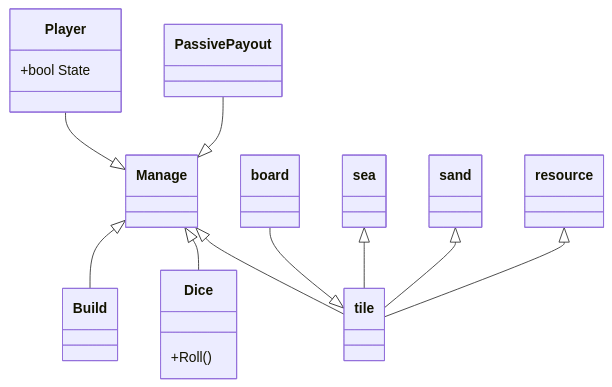
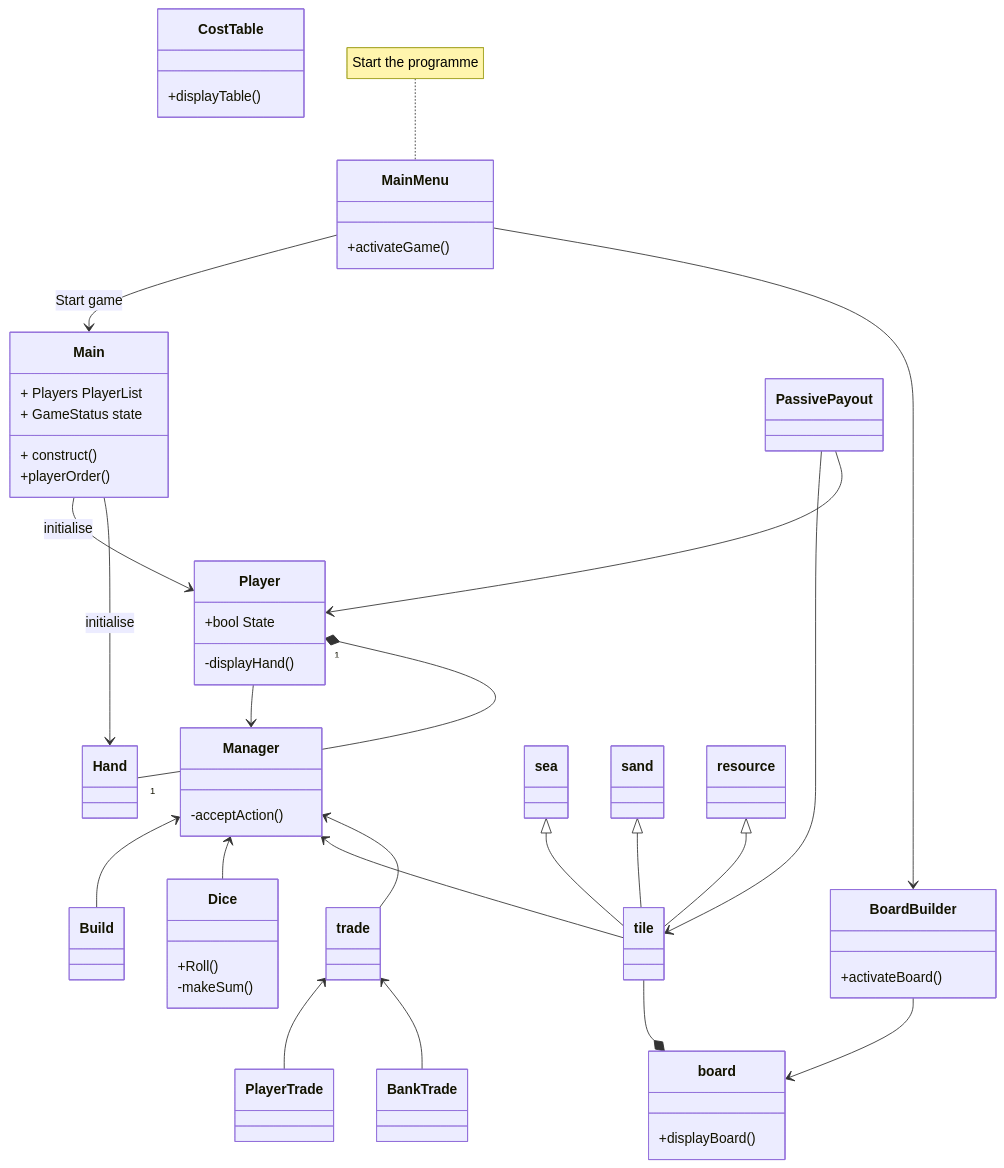
One commit to M-Ike007/CatanGame changed the diagram in documentation/UML-diagrammes/detailed-class-diagramme.mmd. Above: the diagram before and after it, drawn with Mermaid. The commit also changed 1 other file, not shown here.

Commit message:
SB TEK push updated uml

```diff
--- a/documentation/UML-diagrammes/detailed-class-diagramme.mmd
+++ b/documentation/UML-diagrammes/detailed-class-diagramme.mmd
@@ -1,38 +1,100 @@
-%% The detailed class diagramme drawn up at the start of iteration 1.
 classDiagram
+    %% new class diagramme made at the start of iter 2
+    MainMenu --> Main : Start game    
+    Main -->  Player : initialise
     
-    Player --|> Manage
-    Manage <|-- Dice
-    Manage <|-- tile
-    PassivePayout --|> Manage
-    board --|> tile
+    Main --> Hand : initialise
+    
+
+    note for MainMenu "Start the programme"
+
+    Manager <-- Build
+    MainMenu --> BoardBuilder
+    BoardBuilder --> board
+    Player --> Manager
+    Player "1" *-- "1" Hand
+    Manager <-- Dice
+    tile --* board
+
+    Manager <-- tile
+
+    Manager <-- trade
+    trade <-- PlayerTrade
+    trade <-- BankTrade
+
     sea  <|-- tile
     sand <|-- tile
     resource <|-- tile
-    Manage <|-- Build
+    
+    PassivePayout --> tile
+    PassivePayout --> Player
+
+    class BankTrade {
+
+    }
+
     class PassivePayout {
 
     }
+
+    class PlayerTrade {
+
+    }
+
+    class Main {
+        + Players PlayerList
+        + GameStatus state
+        + construct()
+        +playerOrder()
+    }
+
+    class BoardBuilder {
+        +activateBoard()
+
+    }
+
+    class MainMenu {
+        +activateGame()
+
+    }
+    class Hand {
+
+    }
+
+    class Manager {
+        -acceptAction()
+    }
+
     class Dice{
       +Roll()
+      -makeSum()
+
     }
+    class CostTable {
+        %% This is actually 2 classes.
+        +displayTable()
+    }
+
     class board{
-
+        +displayBoard()
     }
     class resource{
     }
+
     class tile{
 
     }
     class sea{
 
     }
     class sand{
 
     }
     class Build{
 
     }
+
     class Player{
       +bool State
+      -displayHand()
     }
```
